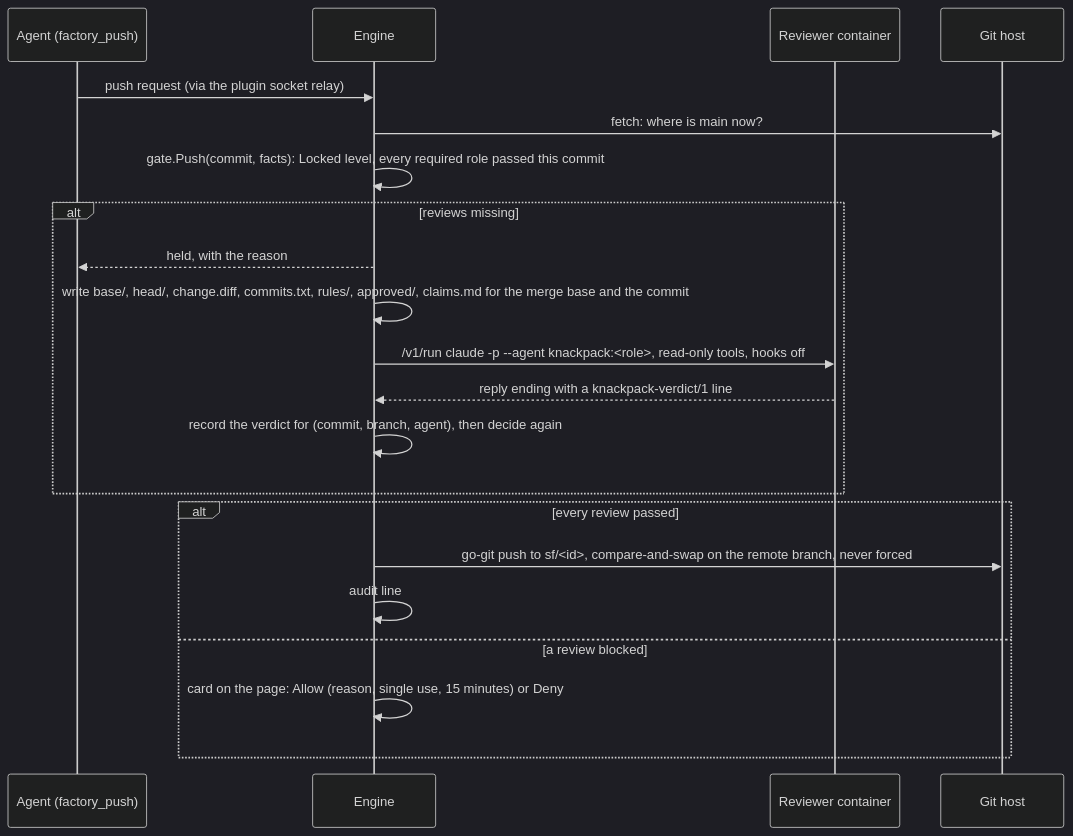
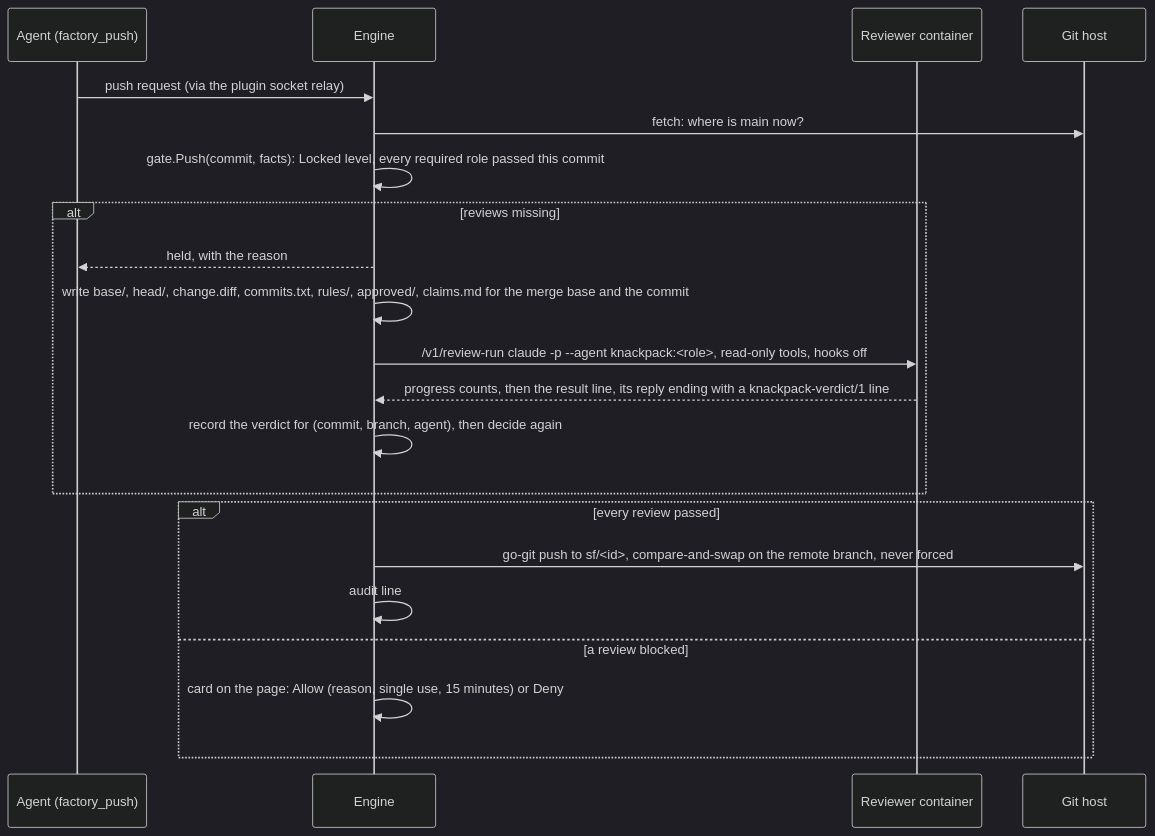
The second of 2 diagrams in ARCHITECTURE.md (bezmoradi/software-factory), drawn with Mermaid (dark theme) before and after one commit. The commit also changed other lines of this file and 113 other files, not shown here.

````diff
--- a/ARCHITECTURE.md
+++ b/ARCHITECTURE.md
@@ -180,23 +182,23 @@
 ```mermaid
 sequenceDiagram
   participant A as Agent (factory_push)
   participant E as Engine
   participant R as Reviewer container
   participant G as Git host
   A->>E: push request (via the plugin socket relay)
   E->>G: fetch: where is main now?
   E->>E: gate.Push(commit, facts): Locked level, every required role passed this commit
   alt reviews missing
     E-->>A: held, with the reason
     E->>E: write base/, head/, change.diff, commits.txt, rules/, approved/, claims.md for the merge base and the commit
-    E->>R: /v1/run claude -p --agent knackpack:<role>, read-only tools, hooks off
-    R-->>E: reply ending with a knackpack-verdict/1 line
+    E->>R: /v1/review-run claude -p --agent knackpack:<role>, read-only tools, hooks off
+    R-->>E: progress counts, then the result line, its reply ending with a knackpack-verdict/1 line
     E->>E: record the verdict for (commit, branch, agent), then decide again
   end
   alt every review passed
     E->>G: go-git push to sf/<id>, compare-and-swap on the remote branch, never forced
     E->>E: audit line
   else a review blocked
     E->>E: card on the page: Allow (reason, single use, 15 minutes) or Deny
   end
 ```
````
